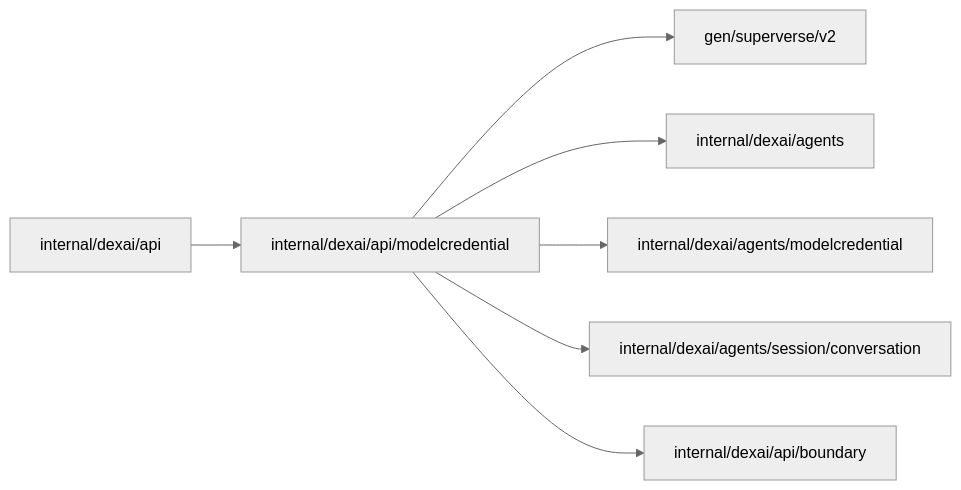
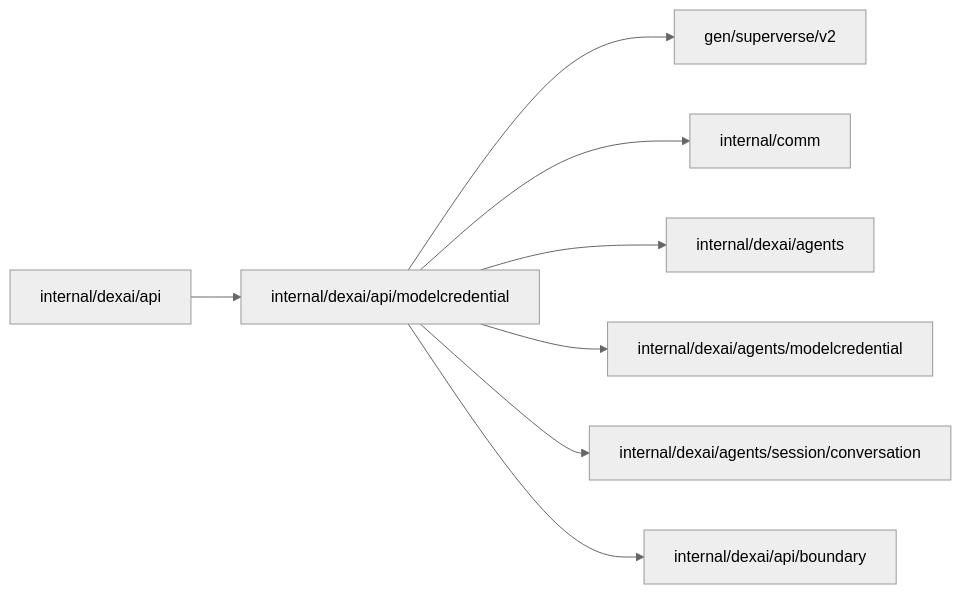
The diagram in internal/dexai/api/modelcredential/README.md (superdurable/superverse), drawn with Mermaid (neutral theme) before and after one commit. The commit also changed other lines of this file and 37 other files, not shown here.

````diff
--- a/internal/dexai/api/modelcredential/README.md
+++ b/internal/dexai/api/modelcredential/README.md
@@ -10,10 +10,11 @@
 ```mermaid
 flowchart LR
   self["internal/dexai/api/modelcredential"]
   c0["internal/dexai/api"] --> self
   self --> d0["gen/superverse/v2"]
-  self --> d1["internal/dexai/agents"]
-  self --> d2["internal/dexai/agents/modelcredential"]
-  self --> d3["internal/dexai/agents/session/conversation"]
-  self --> d4["internal/dexai/api/boundary"]
+  self --> d1["internal/comm"]
+  self --> d2["internal/dexai/agents"]
+  self --> d3["internal/dexai/agents/modelcredential"]
+  self --> d4["internal/dexai/agents/session/conversation"]
+  self --> d5["internal/dexai/api/boundary"]
 ```
````
